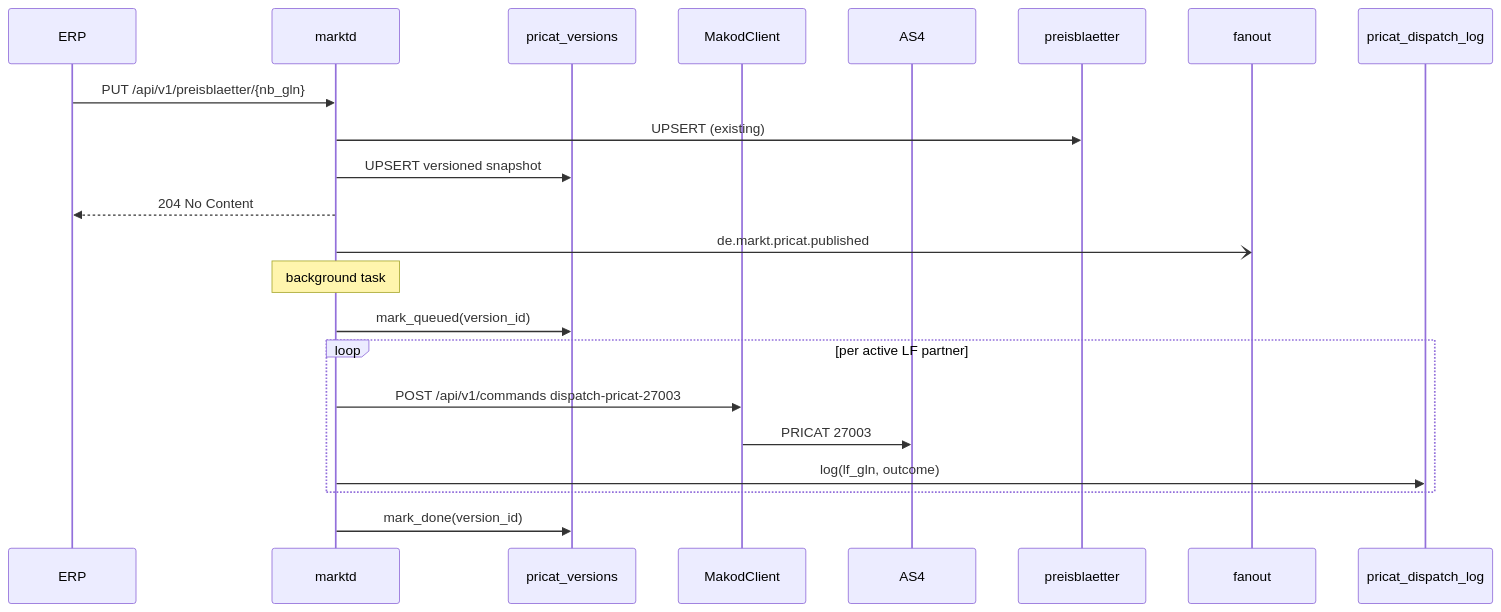
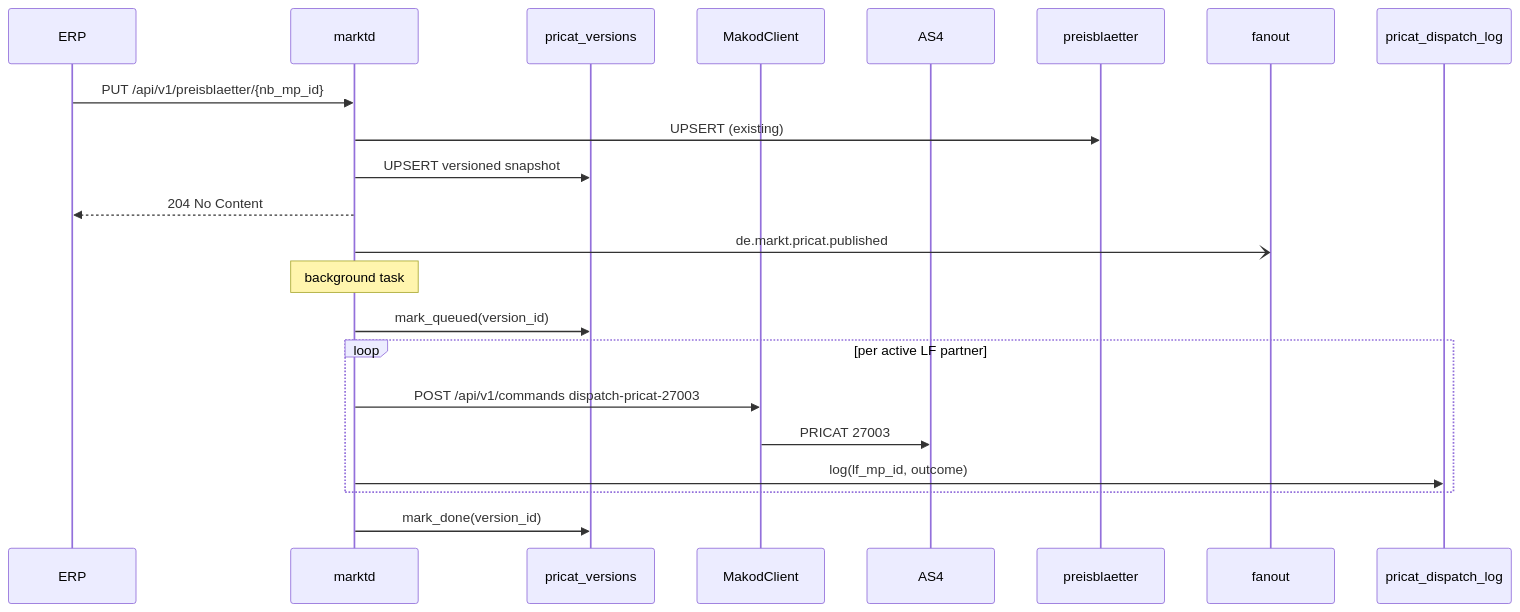
Before and after one commit to hupe1980/mako: the second of 4 diagrams in docs/marktd.md, drawn with Mermaid. The commit also changed other lines of this file and 78 other files, not shown here.

````diff
--- a/docs/marktd.md
+++ b/docs/marktd.md
@@ -384,22 +409,22 @@
 ```mermaid
 sequenceDiagram
     participant ERP
     participant marktd
     participant pricat_versions
     participant MakodClient
     participant AS4
 
-    ERP->>marktd: PUT /api/v1/preisblaetter/{nb_gln}
+    ERP->>marktd: PUT /api/v1/preisblaetter/{nb_mp_id}
     marktd->>preisblaetter: UPSERT (existing)
     marktd->>pricat_versions: UPSERT versioned snapshot
     marktd-->>ERP: 204 No Content
     marktd-)fanout: de.markt.pricat.published
     Note over marktd: background task
     marktd->>pricat_versions: mark_queued(version_id)
     loop per active LF partner
         marktd->>MakodClient: POST /api/v1/commands dispatch-pricat-27003
         MakodClient->>AS4: PRICAT 27003
-        marktd->>pricat_dispatch_log: log(lf_gln, outcome)
+        marktd->>pricat_dispatch_log: log(lf_mp_id, outcome)
     end
     marktd->>pricat_versions: mark_done(version_id)
 ```
````
